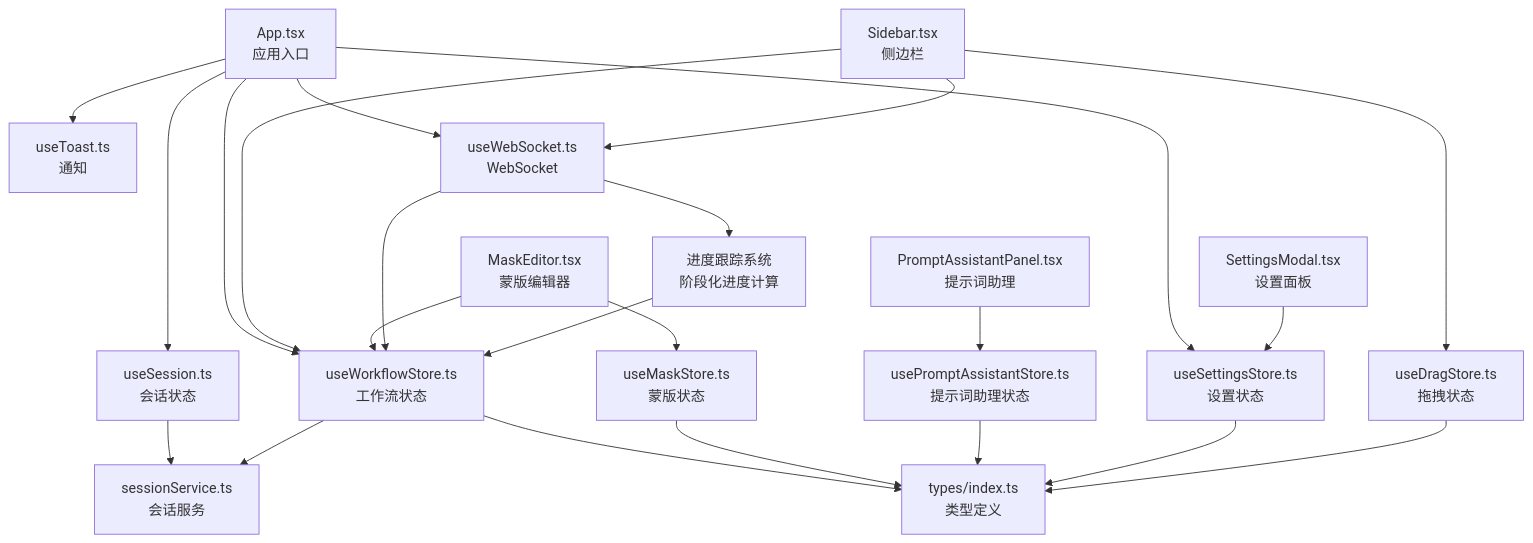
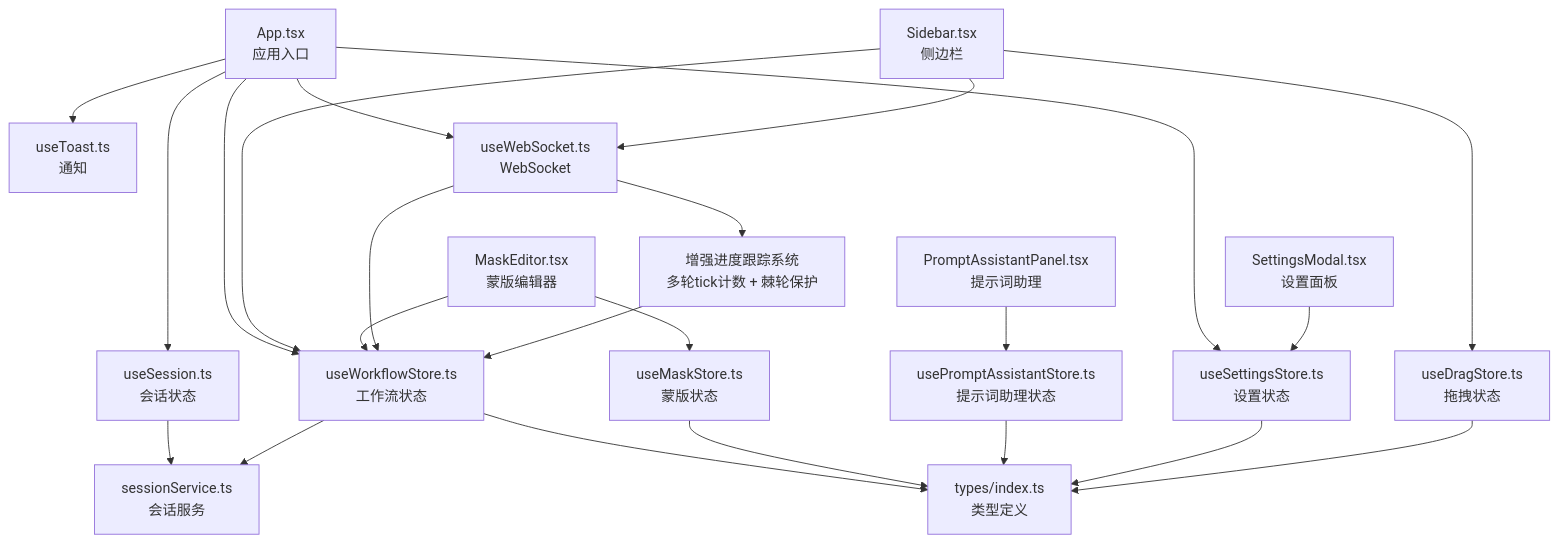
The second of 6 diagrams in .qoder/repowiki/zh/content/项目概述/技术架构概览/前端架构设计/状态管理系统.md (billye220670/CorineKit_Pix2Real), drawn with Mermaid before and after one commit. The commit also changed other lines of this file and 73 other files, not shown here.

````diff
--- a/.qoder/repowiki/zh/content/项目概述/技术架构概览/前端架构设计/状态管理系统.md
+++ b/.qoder/repowiki/zh/content/项目概述/技术架构概览/前端架构设计/状态管理系统.md
@@ -131,41 +133,41 @@
 ```mermaid
 graph TB
 App["App.tsx<br/>应用入口"]
 Sidebar["Sidebar.tsx<br/>侧边栏"]
 MaskEditor["MaskEditor.tsx<br/>蒙版编辑器"]
 PromptPanel["PromptAssistantPanel.tsx<br/>提示词助理"]
 SettingsModal["SettingsModal.tsx<br/>设置面板"]
 WF["useWorkflowStore.ts<br/>工作流状态"]
 SES["useSession.ts<br/>会话状态"]
 SET["useSettingsStore.ts<br/>设置状态"]
 MAS["useMaskStore.ts<br/>蒙版状态"]
 PA["usePromptAssistantStore.ts<br/>提示词助理状态"]
 DRAG["useDragStore.ts<br/>拖拽状态"]
 TOAST["useToast.ts<br/>通知"]
 WS["useWebSocket.ts<br/>WebSocket"]
 API["sessionService.ts<br/>会话服务"]
-PROGRESS["进度跟踪系统<br/>阶段化进度计算"]
+ENHANCEDPROGRESS["增强进度跟踪系统<br/>多轮tick计数 + 棘轮保护"]
 TYPES["types/index.ts<br/>类型定义"]
 App --> WF
 App --> SES
 App --> SET
 App --> WS
 App --> TOAST
 Sidebar --> WF
 Sidebar --> DRAG
 Sidebar --> WS
 MaskEditor --> MAS
 MaskEditor --> WF
 PromptPanel --> PA
 SettingsModal --> SET
 SES --> API
 WF --> API
 WS --> WF
-WS --> PROGRESS
-PROGRESS --> WF
+WS --> ENHANCEDPROGRESS
+ENHANCEDPROGRESS --> WF
 WF --> TYPES
 MAS --> TYPES
 PA --> TYPES
 SET --> TYPES
 DRAG --> TYPES
 ```
````
